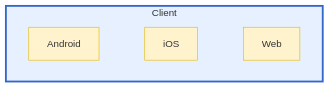
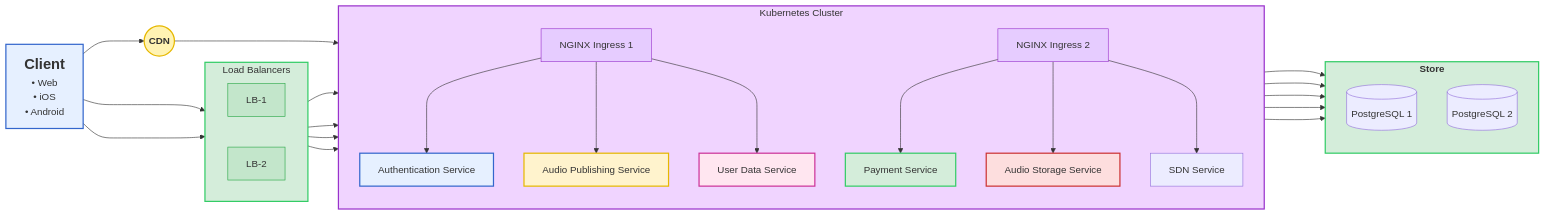
The first of 5 diagrams in architecture.md (KmnPetr/SysDesign), drawn with Mermaid before and after one commit.

````diff
--- a/architecture.md
+++ b/architecture.md
@@ -5,21 +5,74 @@
 ```mermaid
 graph LR
-    subgraph CLIENT["Client"]
+    CLIENT["<b><font size='5'>Client</font></b><br/>• Web<br/>• iOS<br/>• Android"]
+
+    subgraph LB["Load Balancers"]
         direction LR
-        ANDROID[Android]
-        IOS[iOS]
-        WEB[Web]
-
-        ANDROID --- IOS
-        IOS --- WEB
+        LB1[LB-1]
+        LB2[LB-2]
     end
 
-    %% скрываем линии
-    linkStyle 0 stroke-width:0
-    linkStyle 1 stroke-width:0
+    subgraph K8S["Kubernetes Cluster"]
+        direction TB
+        INGRESS1[NGINX Ingress 1]
+        INGRESS2[NGINX Ingress 2]
 
-    style CLIENT fill:#e6f0ff,stroke:#3366cc,stroke-width:3px
-    style ANDROID fill:#fff3cd,stroke:#e6b800,stroke-width:1px
-    style IOS fill:#fff3cd,stroke:#e6b800,stroke-width:1px
-    style WEB fill:#fff3cd,stroke:#e6b800,stroke-width:1px
+        AUTH["Authentication Service"]
+        PAYMENT["Payment Service"]
+        AUDIO_PUBLISH["Audio Publishing Service"]
+        MUSIC_STORAGE["Audio Storage Service"]
+        USER_DATA["User Data Service"]
+        SDN_SR["SDN Service"]
+    end
+
+    subgraph STORE["<b>Store</b>"]
+        direction TB
+        PG1[(PostgreSQL 1)]
+        PG2[(PostgreSQL 2)]
+    end
+
+
+    CDN(("<b>CDN</b>"))
+
+    %% Соединения
+    CLIENT --> LB1
+    CLIENT --> LB2
+
+    LB1 --> INGRESS1
+    LB1 --> INGRESS2
+    LB2 --> INGRESS1
+    LB2 --> INGRESS2
+
+    INGRESS1 ---> AUTH
+    INGRESS2 ---> PAYMENT
+    INGRESS1 ---> AUDIO_PUBLISH
+    INGRESS2 ---> MUSIC_STORAGE
+    INGRESS1 ---> USER_DATA
+    INGRESS2 ---> SDN_SR
+
+    AUTH ---> STORE
+    PAYMENT ---> STORE
+    AUDIO_PUBLISH ---> STORE
+    MUSIC_STORAGE ---> STORE
+    USER_DATA ---> STORE
+
+    CLIENT ---> CDN
+    CDN ---> SDN_SR
+
+    %% Стили
+    style CLIENT fill:#e6f0ff,stroke:#3366cc,stroke-width:2px
+
+    style LB fill:#d4edda,stroke:#33cc66,stroke-width:2px
+    style LB1 fill:#c3e6cb,stroke:#28a745,stroke-width:1px
+    style LB2 fill:#c3e6cb,stroke:#28a745,stroke-width:1px
+    style K8S fill:#f0d4ff,stroke:#9933cc,stroke-width:2px
+    style STORE fill:#d4edda,stroke:#33cc66,stroke-width:2px
+    style INGRESS1 fill:#e6ccff,stroke:#9933cc,stroke-width:1px
+    style INGRESS2 fill:#e6ccff,stroke:#9933cc,stroke-width:1px
+    style AUTH fill:#e6f0ff,stroke:#3366cc,stroke-width:2px
+    style PAYMENT fill:#d4edda,stroke:#33cc66,stroke-width:2px
+    style AUDIO_PUBLISH fill:#fff3cd,stroke:#e6b800,stroke-width:2px
+    style MUSIC_STORAGE fill:#fddede,stroke:#cc3333,stroke-width:2px
+    style USER_DATA fill:#ffe6f0,stroke:#cc3399,stroke-width:2px
+    style CDN fill:#fff3b3,stroke:#e6b800,stroke-width:2px
 ```
````
